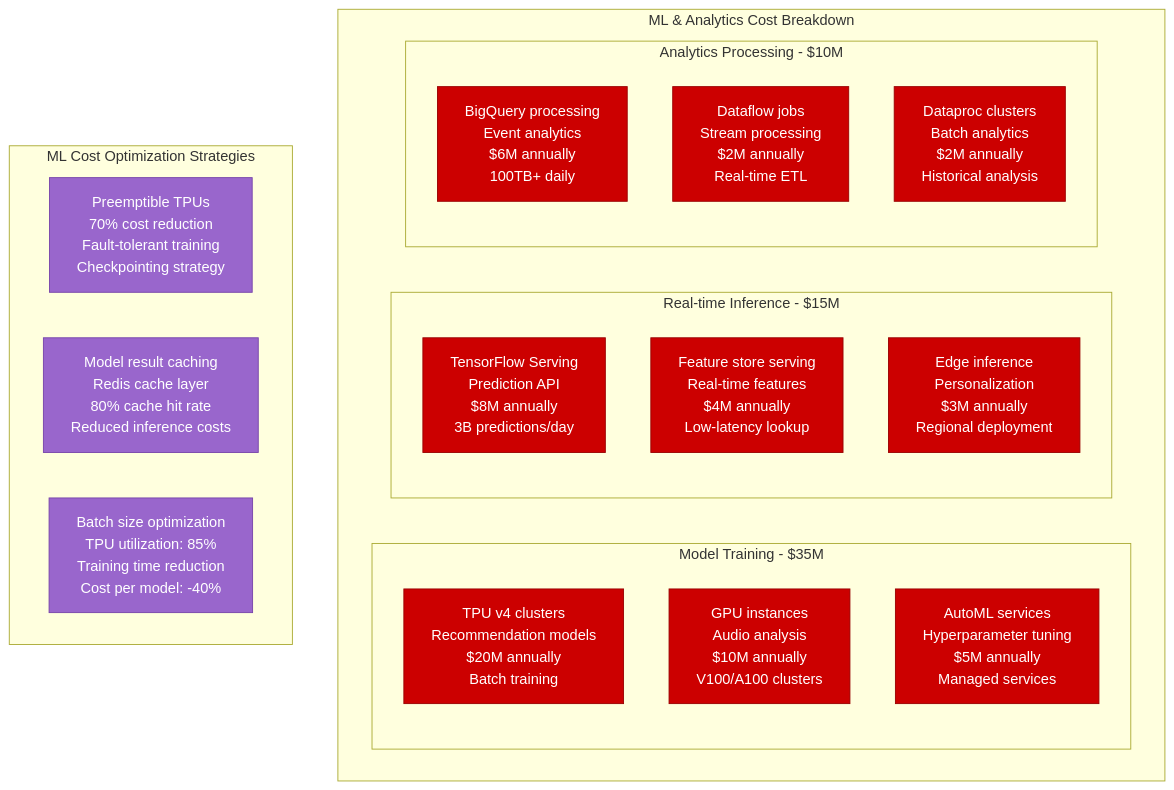
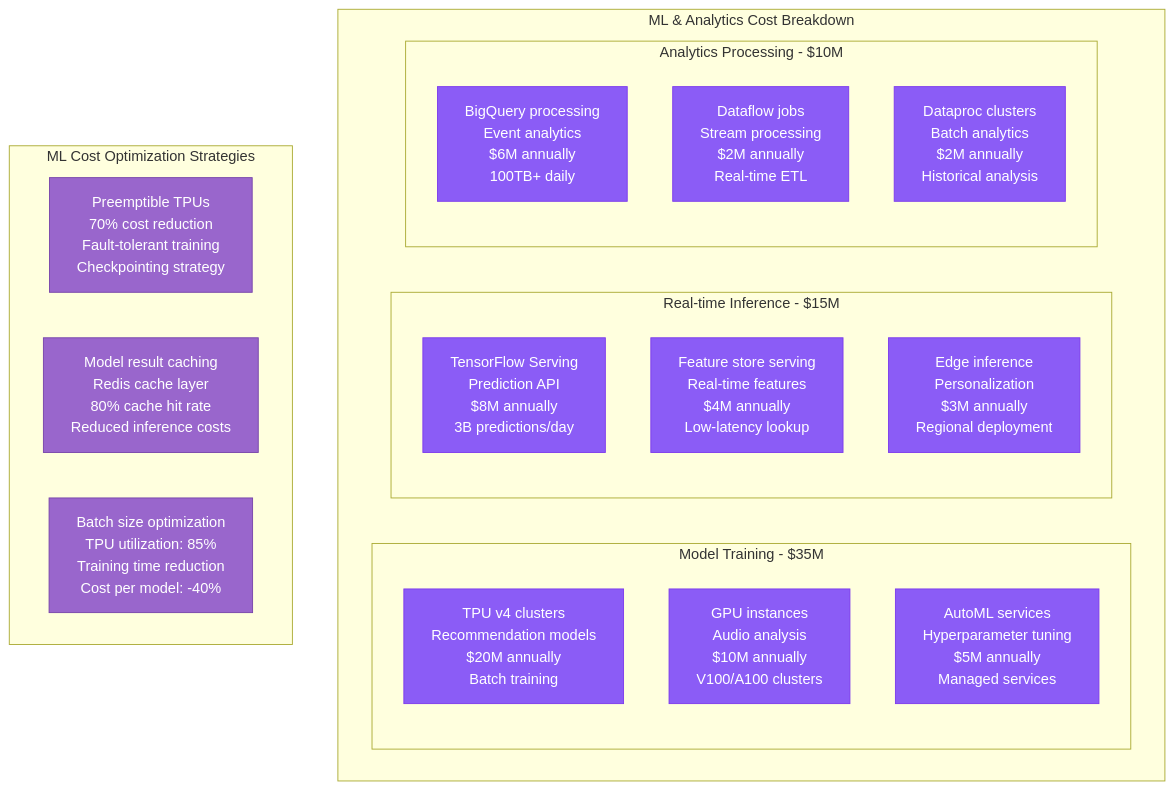
One commit to deepaucksharma/DS changed the fifth of 6 diagrams in site/docs/systems/spotify/cost-breakdown.md. Above: the diagram before and after it, drawn with Mermaid. The commit also changed other lines of this file and 303 other files, not shown here.

````diff
--- a/site/docs/systems/spotify/cost-breakdown.md
+++ b/site/docs/systems/spotify/cost-breakdown.md
@@ -193,43 +193,43 @@
 ```mermaid
 graph TB
     subgraph MLBreakdown[ML & Analytics Cost Breakdown]
         subgraph MLTraining[Model Training - $35M]
             TPUClusters[TPU v4 clusters<br/>Recommendation models<br/>$20M annually<br/>Batch training]
 
             GPUInstances[GPU instances<br/>Audio analysis<br/>$10M annually<br/>V100/A100 clusters]
 
             AutoMLServices[AutoML services<br/>Hyperparameter tuning<br/>$5M annually<br/>Managed services]
         end
 
         subgraph RealTimeInference[Real-time Inference - $15M]
             ModelServing[TensorFlow Serving<br/>Prediction API<br/>$8M annually<br/>3B predictions/day]
 
             FeatureServing[Feature store serving<br/>Real-time features<br/>$4M annually<br/>Low-latency lookup]
 
             EdgeInference[Edge inference<br/>Personalization<br/>$3M annually<br/>Regional deployment]
         end
 
         subgraph Analytics[Analytics Processing - $10M]
             BigQueryProcessing[BigQuery processing<br/>Event analytics<br/>$6M annually<br/>100TB+ daily]
 
             DataflowJobs[Dataflow jobs<br/>Stream processing<br/>$2M annually<br/>Real-time ETL]
 
             DataprocClusters[Dataproc clusters<br/>Batch analytics<br/>$2M annually<br/>Historical analysis]
         end
     end
 
     %% ML Cost Optimization
     subgraph MLOptimization[ML Cost Optimization Strategies]
         PreemptibleTPU[Preemptible TPUs<br/>70% cost reduction<br/>Fault-tolerant training<br/>Checkpointing strategy]
 
         ModelCaching[Model result caching<br/>Redis cache layer<br/>80% cache hit rate<br/>Reduced inference costs]
 
         BatchOptimization[Batch size optimization<br/>TPU utilization: 85%<br/>Training time reduction<br/>Cost per model: -40%]
     end
 
-    classDef mlStyle fill:#CC0000,stroke:#990000,color:#fff
+    classDef mlStyle fill:#8B5CF6,stroke:#7C3AED,color:#fff
     classDef optimizationStyle fill:#9966CC,stroke:#7744AA,color:#fff
 
     class TPUClusters,GPUInstances,AutoMLServices,ModelServing,FeatureServing,EdgeInference,BigQueryProcessing,DataflowJobs,DataprocClusters mlStyle
     class PreemptibleTPU,ModelCaching,BatchOptimization optimizationStyle
 ```
````
